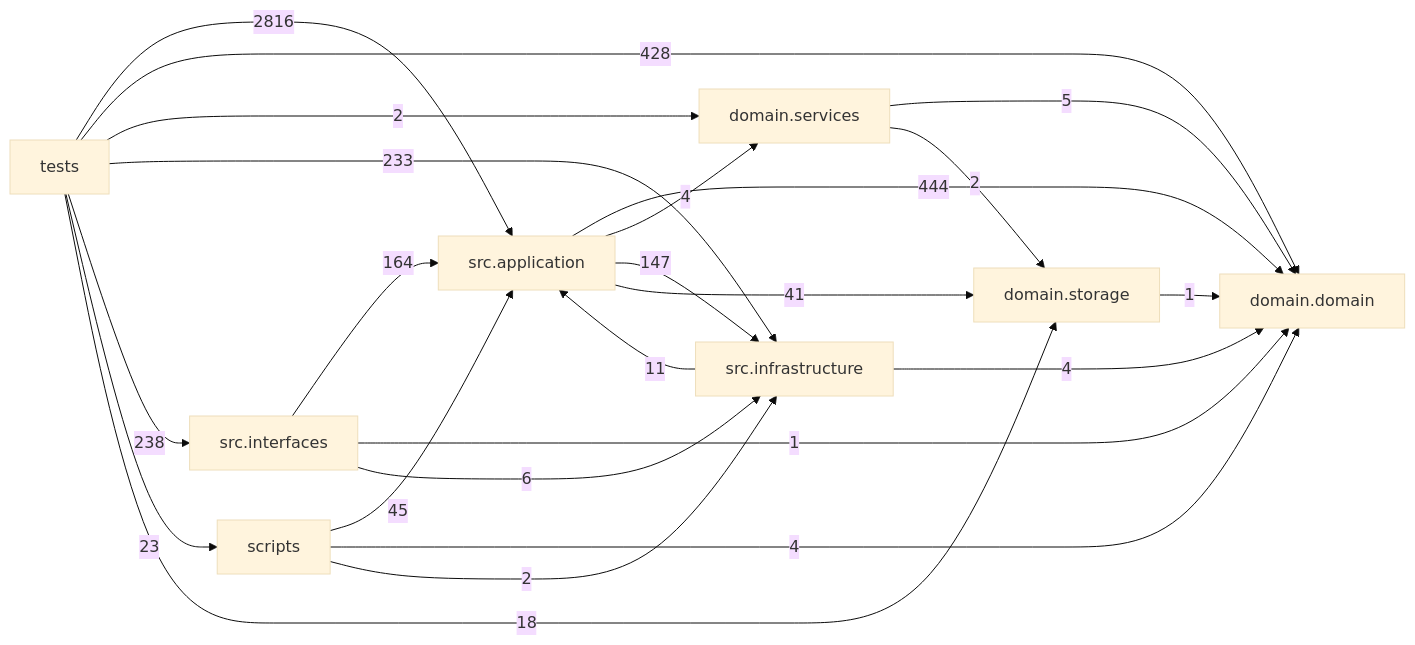
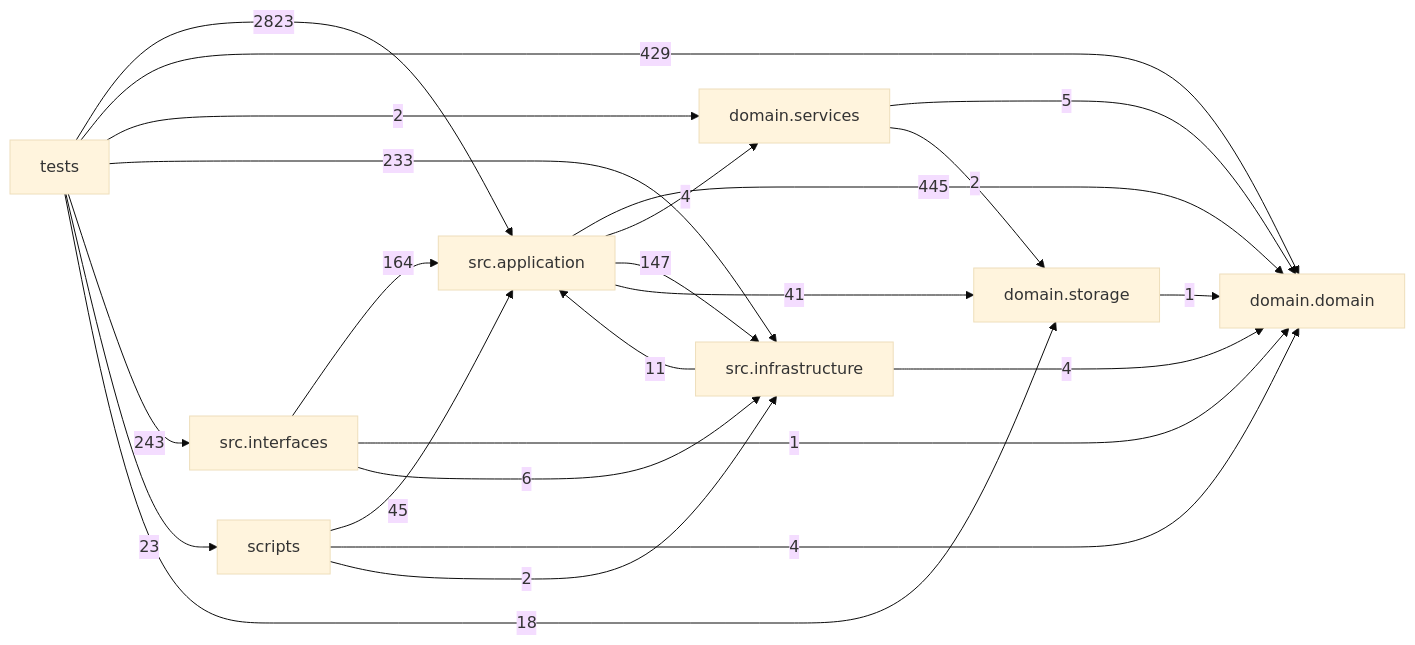
Before and after one commit to liuxie066/options-monitor: the diagram in docs/DEPENDENCY_GRAPH.md, drawn with Mermaid (base theme). The commit also changed other lines of this file and 12 other files, not shown here.

````diff
--- a/docs/DEPENDENCY_GRAPH.md
+++ b/docs/DEPENDENCY_GRAPH.md
@@ -24,33 +24,33 @@
 ```mermaid
 flowchart LR
   tests["tests"]
   scripts["scripts"]
   interfaces["src.interfaces"]
   application["src.application"]
   infrastructure["src.infrastructure"]
   domain_services["domain.services"]
   domain["domain.domain"]
   storage["domain.storage"]
-  application -->|444| domain
+  application -->|445| domain
   application -->|4| domain_services
   application -->|147| infrastructure
   application -->|41| storage
   domain_services -->|5| domain
   domain_services -->|2| storage
   infrastructure -->|11| application
   infrastructure -->|4| domain
   interfaces -->|164| application
   interfaces -->|1| domain
   interfaces -->|6| infrastructure
   scripts -->|45| application
   scripts -->|4| domain
   scripts -->|2| infrastructure
   storage -->|1| domain
-  tests -->|2816| application
-  tests -->|428| domain
+  tests -->|2823| application
+  tests -->|429| domain
   tests -->|2| domain_services
   tests -->|233| infrastructure
-  tests -->|238| interfaces
+  tests -->|243| interfaces
   tests -->|23| scripts
   tests -->|18| storage
 ```
````
